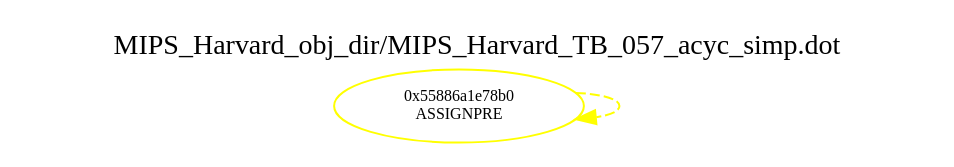
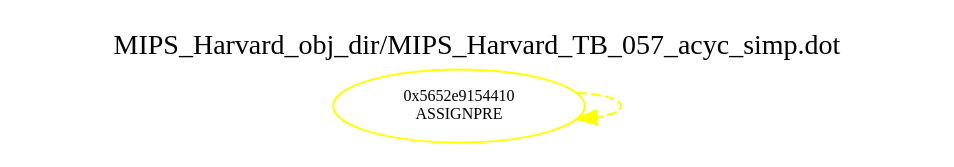
Before and after one commit to jjlehner/MIPS_CPU_Project: the diagram in unofficial/preliminary_testing/MIPS_Harvard_obj_dir/MIPS_Harvard_TB_057_acyc_simp.dot, drawn with Graphviz. The commit also changed 93 other files, not shown here.

```diff
--- a/unofficial/preliminary_testing/MIPS_Harvard_obj_dir/MIPS_Harvard_TB_057_acyc_simp.dot
+++ b/unofficial/preliminary_testing/MIPS_Harvard_obj_dir/MIPS_Harvard_TB_057_acyc_simp.dot
@@ -1,8 +1,8 @@
 digraph v3graph {
 	graph	[label="MIPS_Harvard_obj_dir/MIPS_Harvard_TB_057_acyc_simp.dot",
 		 labelloc=t, labeljust=l,
 		 //size="7.5,10",
 		 rankdir=TB];
-	n0	[fontsize=8 label="0x55886a1e78b0\n ASSIGNPRE", color=yellow];
+	n0	[fontsize=8 label="0x5652e9154410\n ASSIGNPRE", color=yellow];
 	n0 -> n0 [fontsize=8 label="" weight=3 color=yellow style=dashed];
 }
```
